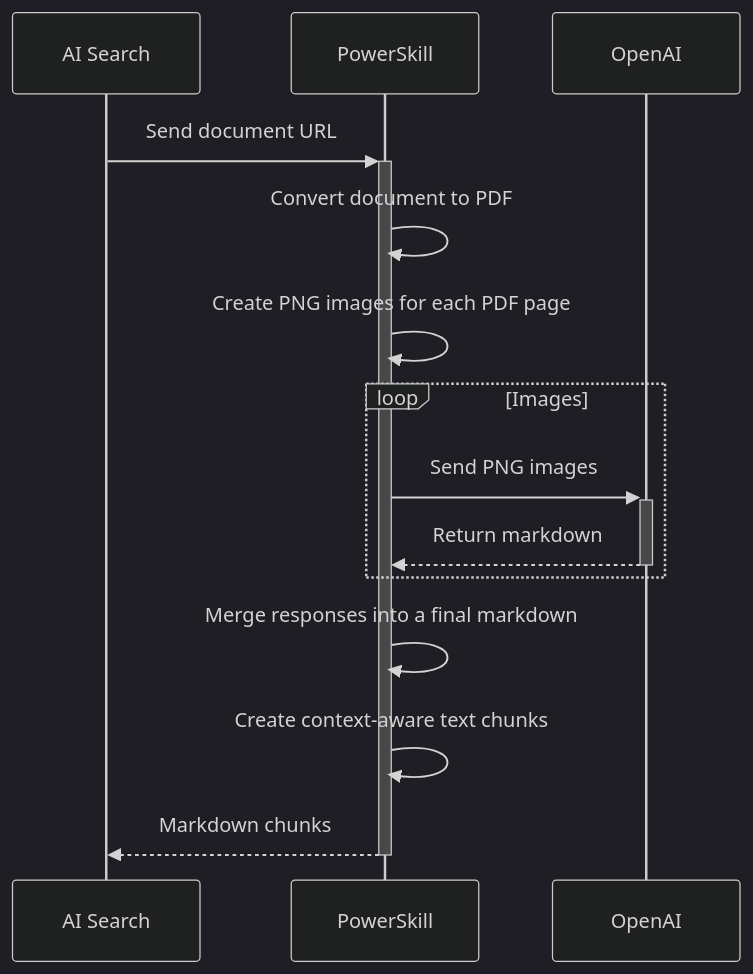
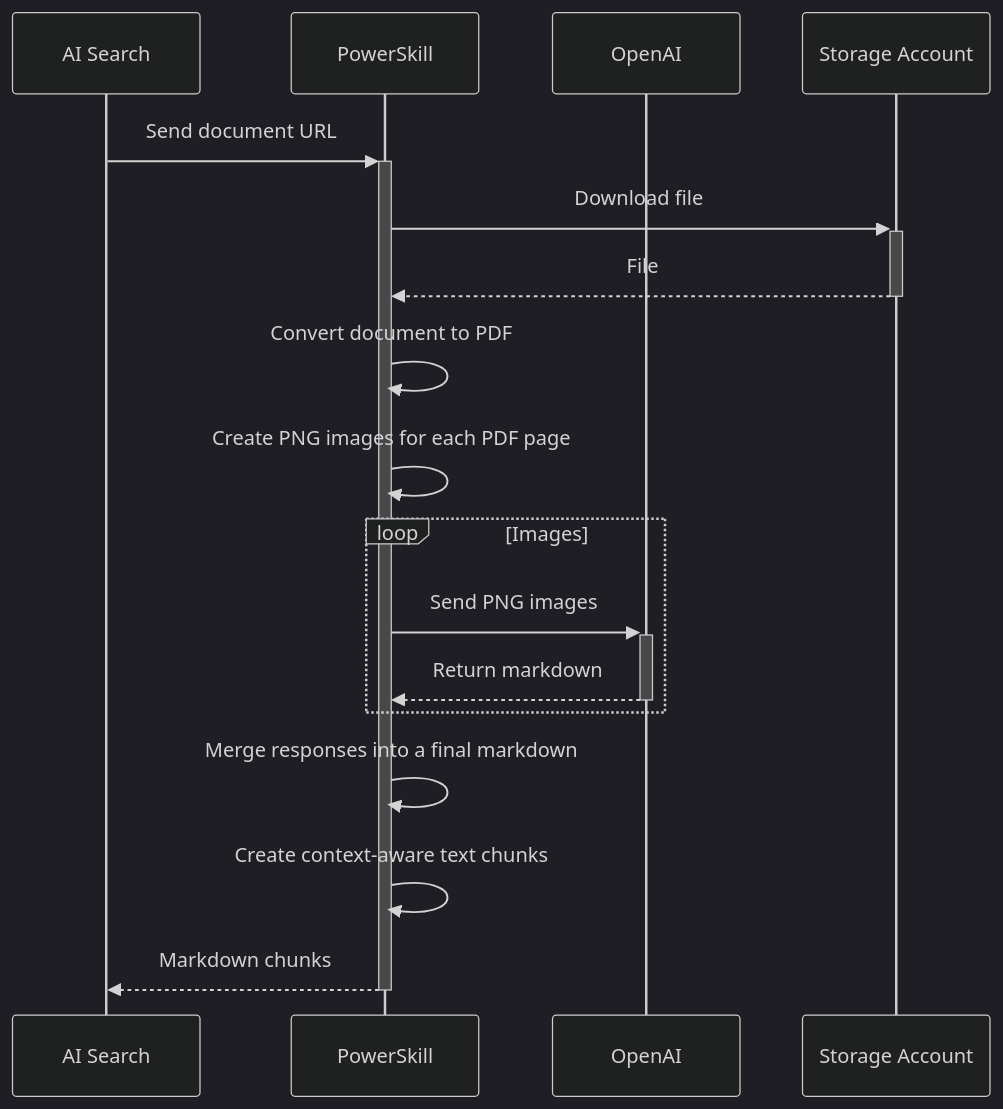
The diagram in Vision/LLMChunker/README.md (Azure-Samples/azure-search-power-skills), drawn with Mermaid (dark theme) before and after one commit. The commit also changed other lines of this file, not shown here.

````diff
--- a/Vision/LLMChunker/README.md
+++ b/Vision/LLMChunker/README.md
@@ -30,17 +30,20 @@
 ```mermaid
 sequenceDiagram
     participant aisearch as AI Search
     participant PowerSkill
     participant OpenAI
+    participant storage as Storage Account
 
     aisearch->>+PowerSkill: Send document URL
+    PowerSkill->>+storage: Download file
+    storage-->>-PowerSkill: File
     PowerSkill->>PowerSkill: Convert document to PDF
     PowerSkill->>PowerSkill: Create PNG images for each PDF page
     loop Images
       PowerSkill->>+OpenAI: Send PNG images
       OpenAI-->>-PowerSkill: Return markdown
     end
     PowerSkill->>PowerSkill: Merge responses into a final markdown
     PowerSkill->>PowerSkill: Create context-aware text chunks
     PowerSkill-->>-aisearch: Markdown chunks
 ```
````
